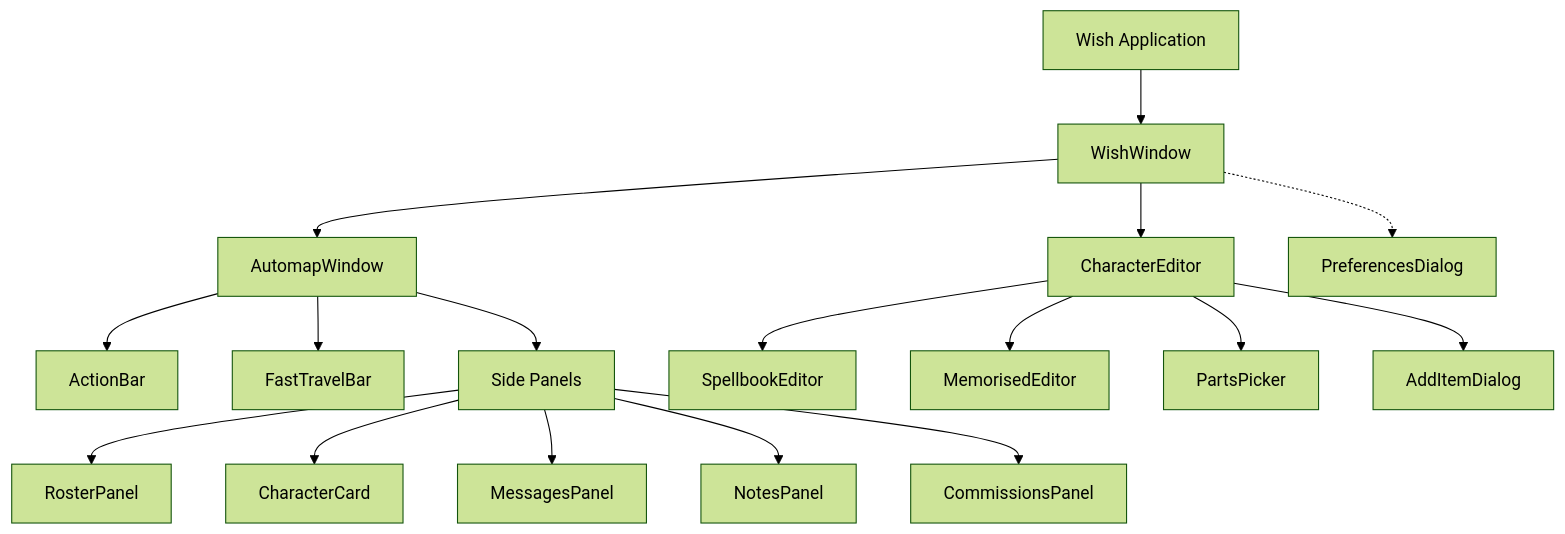
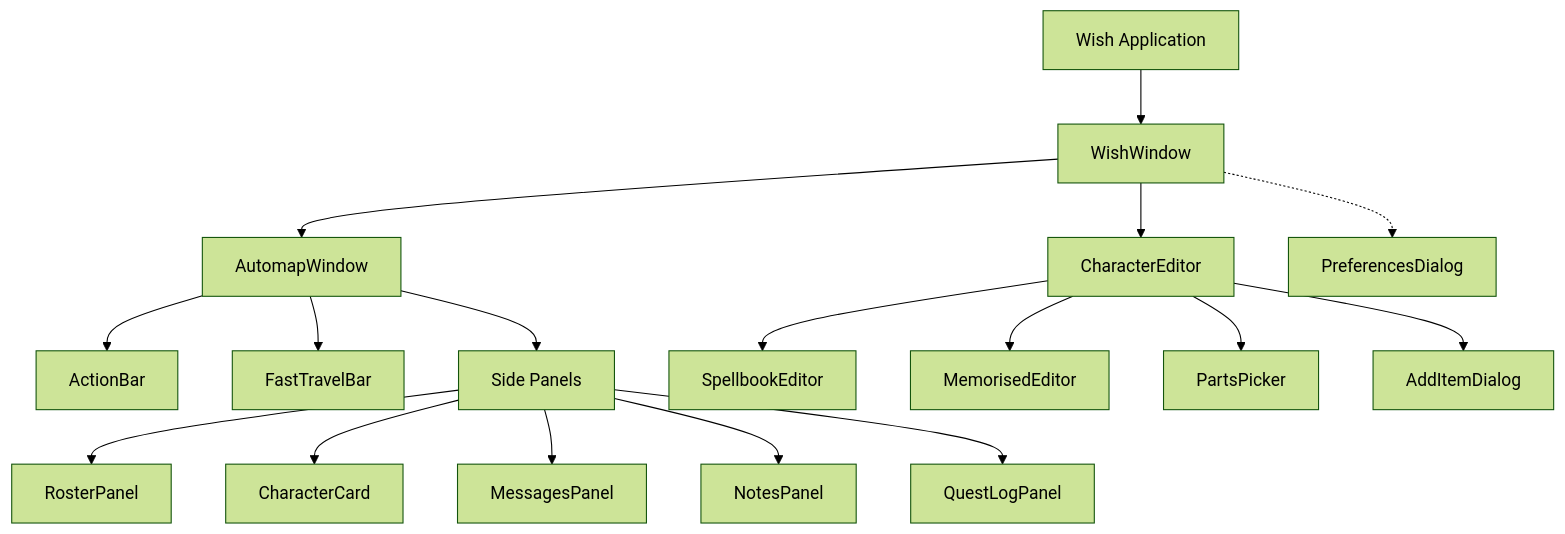
Before and after one commit to malcyon/wish: the diagram in docs/ui-architecture.md, drawn with Mermaid (forest theme). The commit also changed other lines of this file and 19 other files, not shown here.

First line of the commit message:
Call the panel the Quest Log in the code too, and leave the council's commissions their own name

````diff
--- a/docs/ui-architecture.md
+++ b/docs/ui-architecture.md
@@ -13,23 +13,23 @@
 ```mermaid
 graph TD
     App[Wish Application] --> WWindow[WishWindow]
     
     WWindow --> Map[AutomapWindow]
     WWindow --> Editor[CharacterEditor]
     WWindow -.-> Prefs[PreferencesDialog]
     
     Map --> Action[ActionBar]
     Map --> FT[FastTravelBar]
     Map --> Panels[Side Panels]
     
     Panels --> Roster[RosterPanel]
     Panels --> Card[CharacterCard]
     Panels --> Msg[MessagesPanel]
     Panels --> Notes[NotesPanel]
-    Panels --> Comm[CommissionsPanel]
+    Panels --> Comm[QuestLogPanel]
     
     Editor --> Spell[SpellbookEditor]
     Editor --> Mem[MemorisedEditor]
     Editor --> Pick[PartsPicker]
     Editor --> Inv[AddItemDialog]
 ```
````
